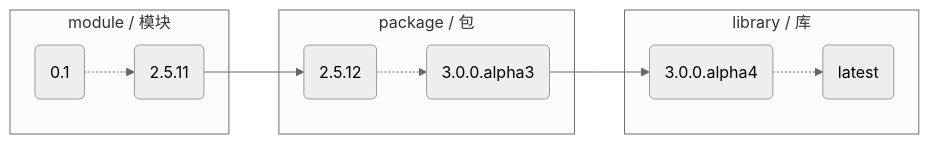
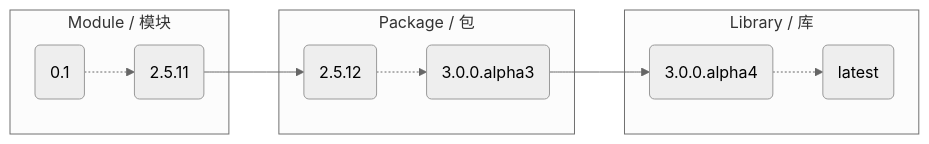
Before and after one commit to Xiaokang2022/tkintertools-docs: the diagram in 3.0/tutorials/index.md, drawn with Mermaid (neutral theme). The commit also changed other lines of this file and 31 other files, not shown here.

````diff
--- a/3.0/tutorials/index.md
+++ b/3.0/tutorials/index.md
@@ -70,15 +70,15 @@
 ```mermaid
 flowchart LR
 
-    subgraph module / 模块
+    subgraph Module / 模块
     1(0.1) -.-> 2(2.5.11)
     end
-    subgraph package / 包
+    subgraph Package / 包
     3(2.5.12) -.-> 4(3.0.0.alpha3)
     end
-    subgraph library / 库
+    subgraph Library / 库
     5(3.0.0.alpha4) -.-> 6(latest)
     end
     2 --> 3
     4 --> 5
 ```
````
